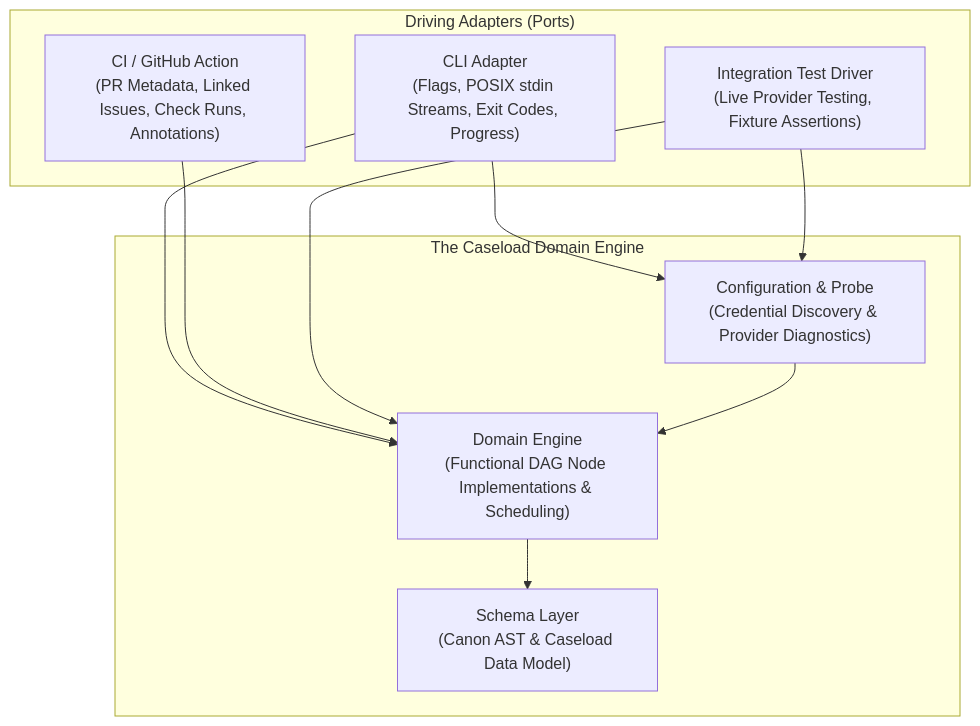
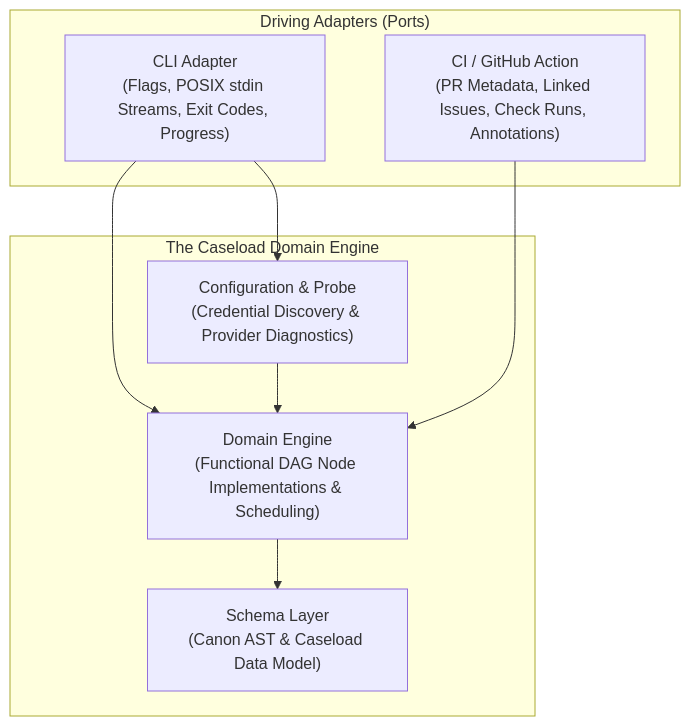
One commit to PAIR-code/canon-clerk changed the second of 3 diagrams in docs/architecture/overview.md. Above: the diagram before and after it, drawn with Mermaid. The commit also changed other lines of this file and 9 other files, not shown here.

Commit message:
docs(architecture): prune integration test driver from driving adapters

````diff
--- a/docs/architecture/overview.md
+++ b/docs/architecture/overview.md
@@ -90,23 +90,20 @@
 ```mermaid
 flowchart TD
     subgraph DrivingAdapters ["Driving Adapters (Ports)"]
         CLI["CLI Adapter<br/>(Flags, POSIX stdin Streams, Exit Codes, Progress)"]
         Action["CI / GitHub Action<br/>(PR Metadata, Linked Issues, Check Runs, Annotations)"]
-        Integ["Integration Test Driver<br/>(Live Provider Testing, Fixture Assertions)"]
     end
 
     subgraph CoreEngine ["The Caseload Domain Engine"]
         Core["Domain Engine<br/>(Functional DAG Node Implementations & Scheduling)"]
         Config["Configuration & Probe<br/>(Credential Discovery & Provider Diagnostics)"]
         Schema["Schema Layer<br/>(Canon AST & Caseload Data Model)"]
     end
 
     CLI --> Core
     CLI --> Config
     Action --> Core
-    Integ --> Core
-    Integ --> Config
 
     Config --> Core
     Core --> Schema
 ```
````
